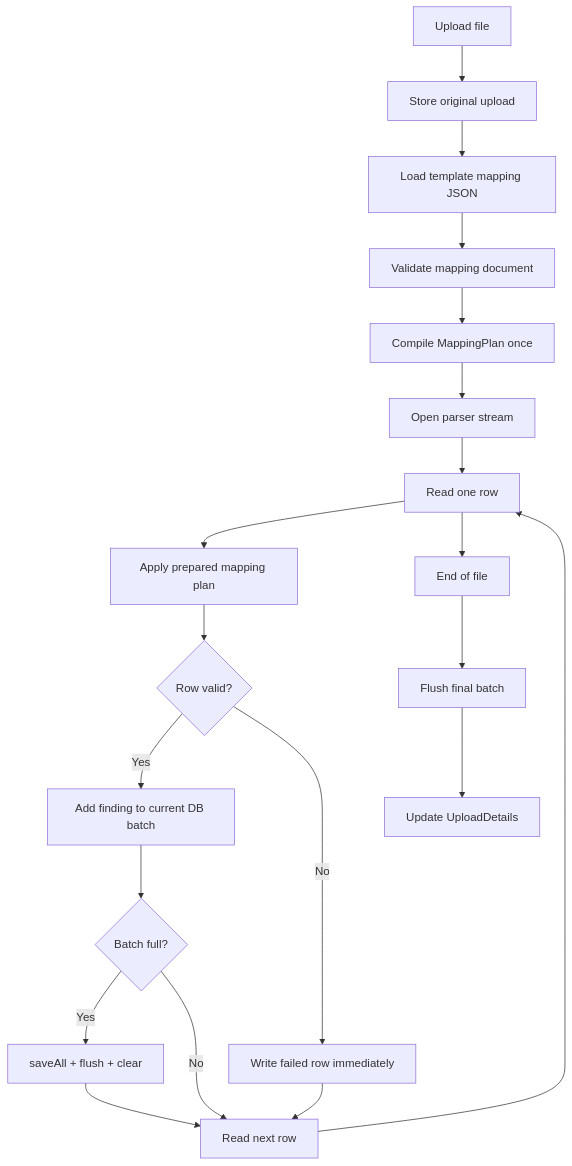
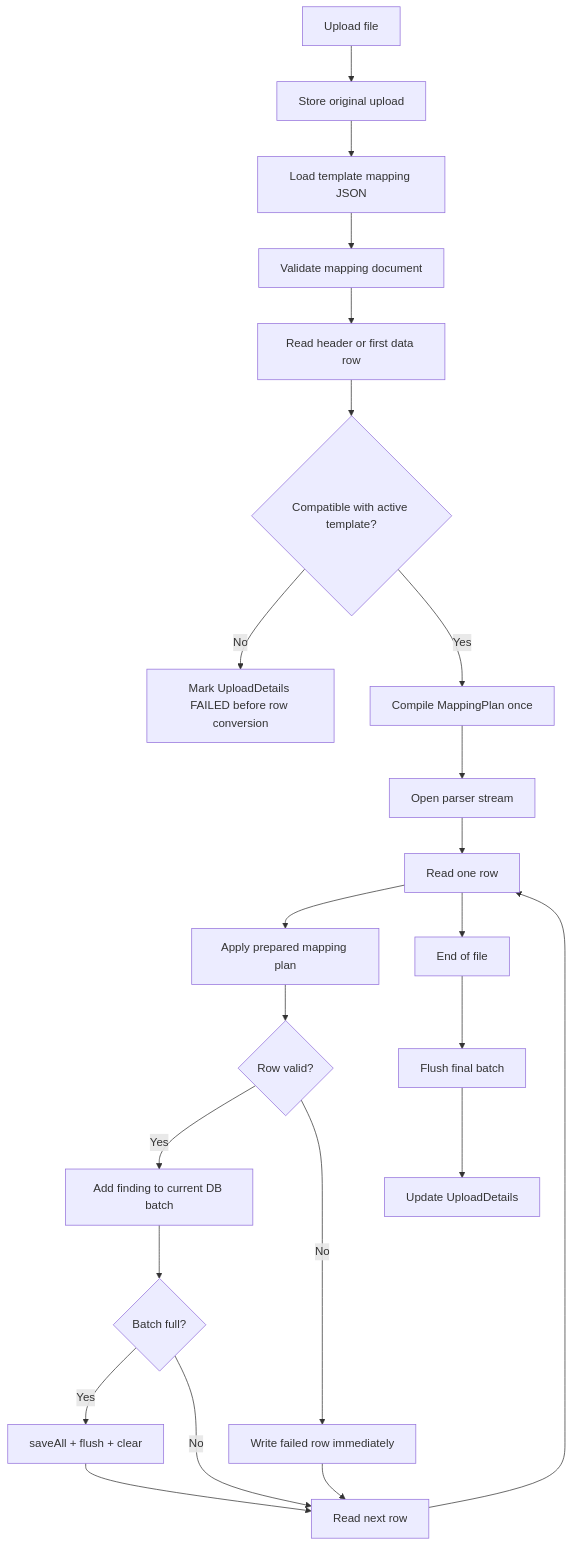
Before and after one commit to selva-czs/SecVulManager: the fifth of 7 diagrams in ARCHITECTURE_AND_INGESTION_FLOW.md, drawn with Mermaid. The commit also changed other lines of this file and 40 other files, not shown here.

Commit message:
changes to active records, single template per vendor software and mapped usage of softwares for customers

````diff
--- a/ARCHITECTURE_AND_INGESTION_FLOW.md
+++ b/ARCHITECTURE_AND_INGESTION_FLOW.md
@@ -279,22 +289,25 @@
 ```mermaid
 flowchart TD
   A["Upload file"] --> B["Store original upload"]
   B --> C["Load template mapping JSON"]
   C --> D["Validate mapping document"]
-  D --> E["Compile MappingPlan once"]
-  E --> F["Open parser stream"]
-  F --> G["Read one row"]
-  G --> H["Apply prepared mapping plan"]
-  H --> I{"Row valid?"}
-  I -- "Yes" --> J["Add finding to current DB batch"]
-  J --> K{"Batch full?"}
-  K -- "Yes" --> L["saveAll + flush + clear"]
-  K -- "No" --> M["Read next row"]
-  L --> M
-  I -- "No" --> N["Write failed row immediately"]
-  N --> M
-  M --> G
-  G --> O["End of file"]
-  O --> P["Flush final batch"]
-  P --> Q["Update UploadDetails"]
+  D --> E["Read header or first data row"]
+  E --> F{"Compatible with active template?"}
+  F -- "No" --> X["Mark UploadDetails FAILED before row conversion"]
+  F -- "Yes" --> G["Compile MappingPlan once"]
+  G --> H["Open parser stream"]
+  H --> I["Read one row"]
+  I --> J["Apply prepared mapping plan"]
+  J --> K{"Row valid?"}
+  K -- "Yes" --> L["Add finding to current DB batch"]
+  L --> M{"Batch full?"}
+  M -- "Yes" --> N["saveAll + flush + clear"]
+  M -- "No" --> O["Read next row"]
+  N --> O
+  K -- "No" --> P["Write failed row immediately"]
+  P --> O
+  O --> I
+  I --> Q["End of file"]
+  Q --> R["Flush final batch"]
+  R --> S["Update UploadDetails"]
 ```
````
